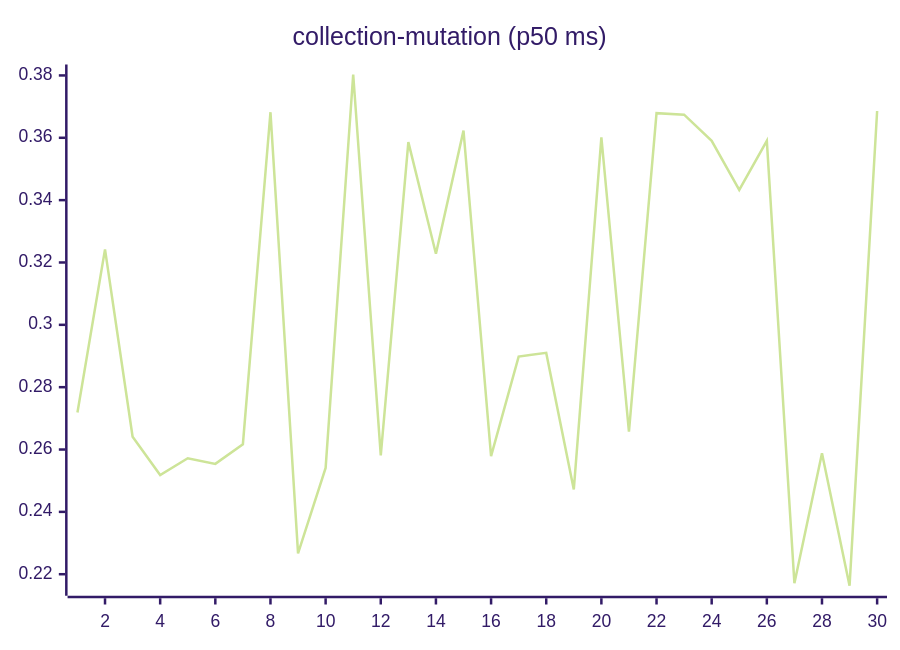
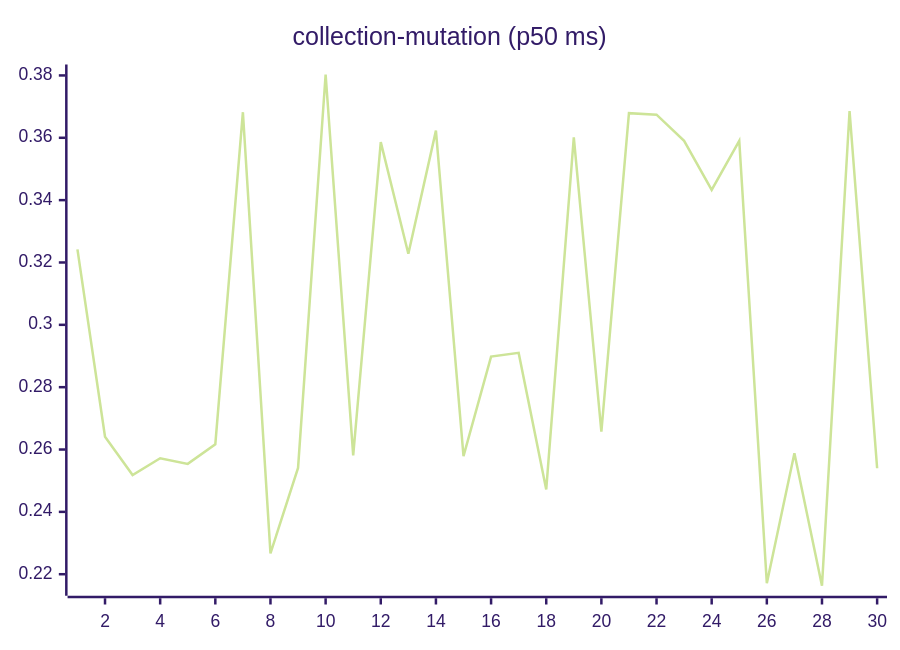
One commit to josha/Facet changed the sixth of 27 diagrams in README.md. Above: the diagram before and after it, drawn with Mermaid (forest theme). The commit also changed other lines of this file and 2 other files, not shown here.

````diff
--- a/README.md
+++ b/README.md
@@ -98,6 +98,6 @@
 ```mermaid
 xychart-beta
     title "collection-mutation (p50 ms)"
     x-axis 1 --> 30
-    line [0.2719, 0.3242, 0.2641, 0.2518, 0.2572, 0.2554, 0.2617, 0.3682, 0.2267, 0.2541, 0.3803, 0.2581, 0.3586, 0.3228, 0.3623, 0.2579, 0.2898, 0.2910, 0.2472, 0.3601, 0.2657, 0.3679, 0.3674, 0.3590, 0.3433, 0.3590, 0.2171, 0.2588, 0.2163, 0.3686]
+    line [0.3242, 0.2641, 0.2518, 0.2572, 0.2554, 0.2617, 0.3682, 0.2267, 0.2541, 0.3803, 0.2581, 0.3586, 0.3228, 0.3623, 0.2579, 0.2898, 0.2910, 0.2472, 0.3601, 0.2657, 0.3679, 0.3674, 0.3590, 0.3433, 0.3590, 0.2171, 0.2588, 0.2163, 0.3686, 0.2540]
 ```
````
